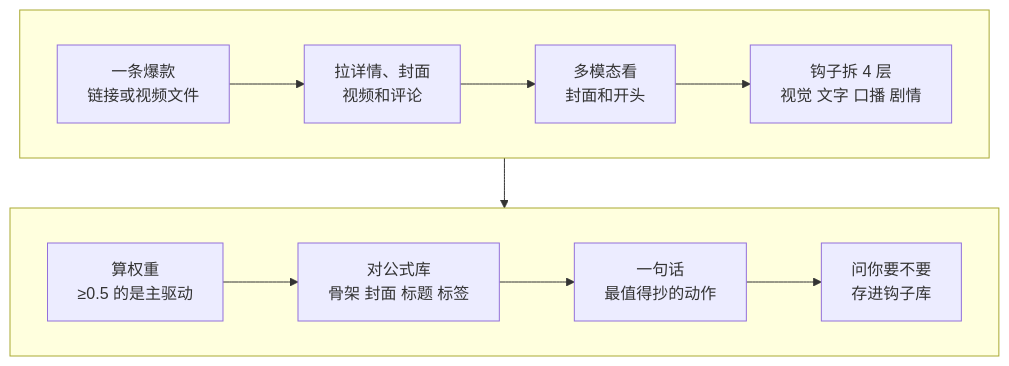
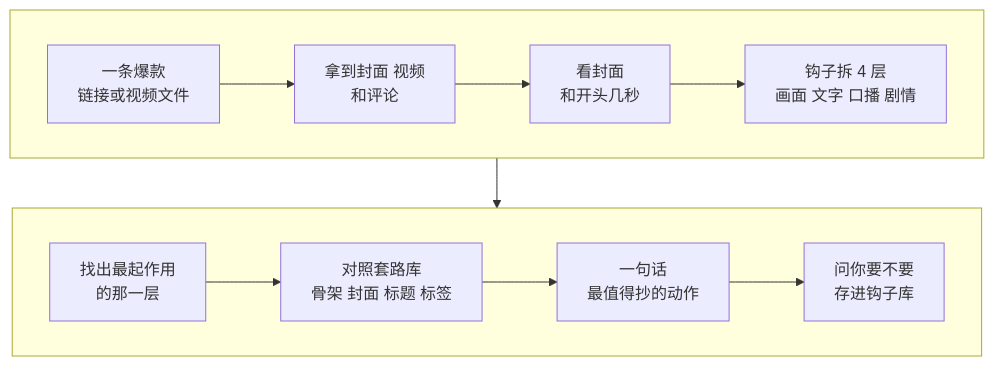
The diagram in 自媒体教程/课程/3-2-拆钩子和结构.md (JuneYaooo/media-teach), drawn with Mermaid before and after one commit. The commit also changed other lines of this file and 46 other files, not shown here.

````diff
--- a/自媒体教程/课程/3-2-拆钩子和结构.md
+++ b/自媒体教程/课程/3-2-拆钩子和结构.md
@@ -17,12 +17,12 @@
 ```mermaid
 flowchart TB
   subgraph R1[" "]
     direction LR
-    A[一条爆款<br>链接或视频文件] --> B[拉详情、封面<br>视频和评论] --> C[多模态看<br>封面和开头] --> D[钩子拆 4 层<br>视觉 文字 口播 剧情]
+    A[一条爆款<br>链接或视频文件] --> B[拿到封面 视频<br>和评论] --> C[看封面<br>和开头几秒] --> D[钩子拆 4 层<br>画面 文字 口播 剧情]
   end
   subgraph R2[" "]
     direction LR
-    E[算权重<br>≥0.5 的是主驱动] --> F[对公式库<br>骨架 封面 标题 标签] --> G[一句话<br>最值得抄的动作] --> H[问你要不要<br>存进钩子库]
+    E[找出最起作用<br>的那一层] --> F[对照套路库<br>骨架 封面 标题 标签] --> G[一句话<br>最值得抄的动作] --> H[问你要不要<br>存进钩子库]
   end
   R1 --> R2
 ```
````
